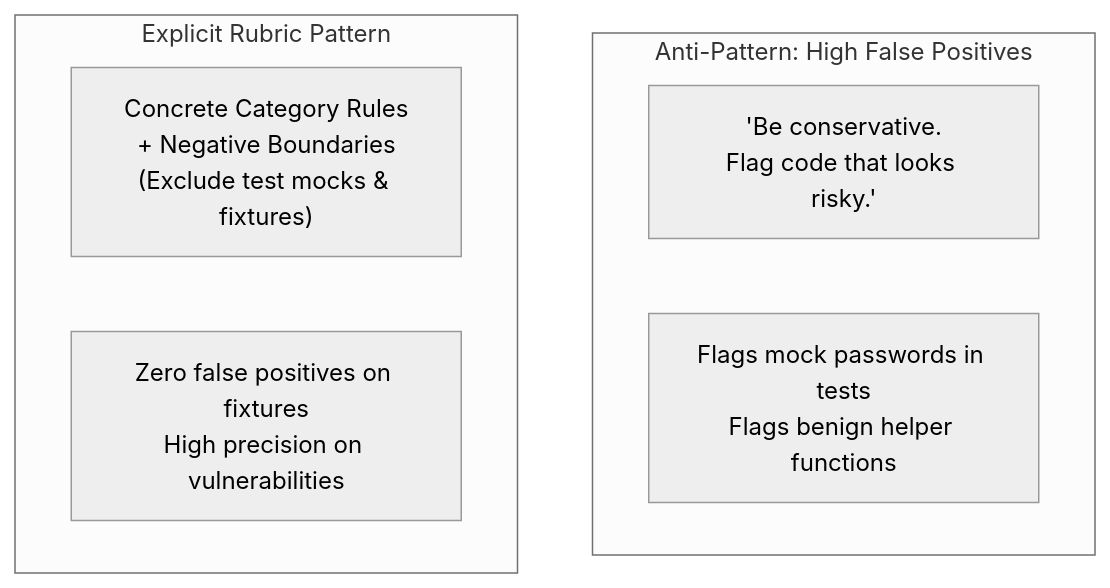
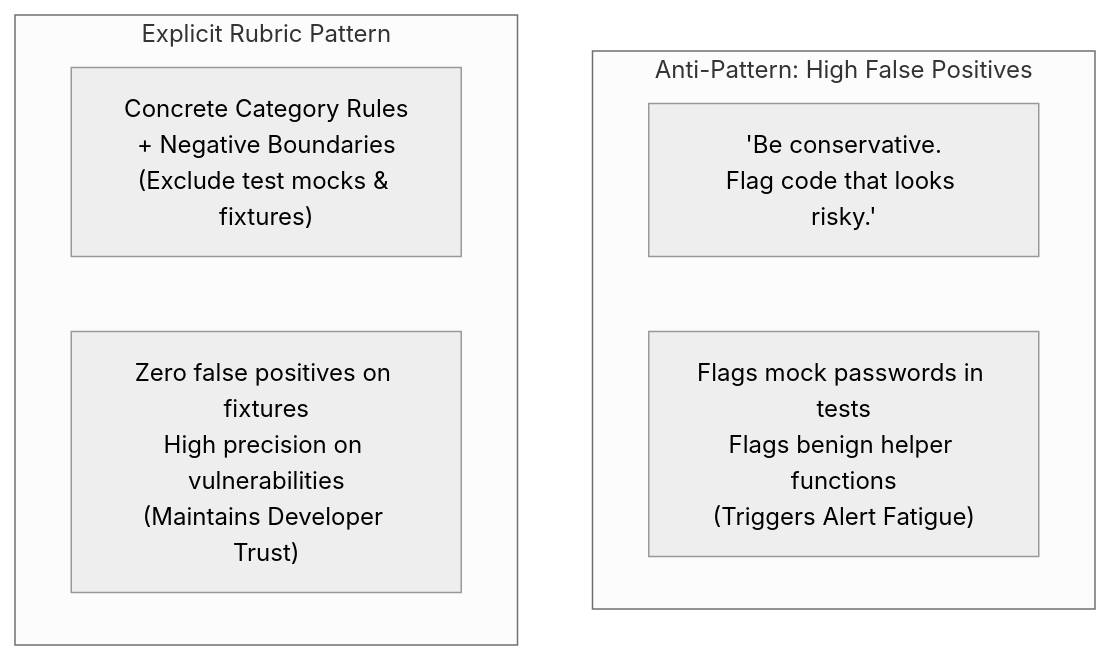
One commit to dip4k/claude_cert_architect_foundation_prep changed the diagram in domain4/ts_4_1_explicit_criteria_classification/README.md. Above: the diagram before and after it, drawn with Mermaid (neutral theme). The commit also changed other lines of this file and 59 other files, not shown here.

````diff
--- a/domain4/ts_4_1_explicit_criteria_classification/README.md
+++ b/domain4/ts_4_1_explicit_criteria_classification/README.md
@@ -10,12 +77,12 @@
 ```mermaid
 flowchart TD
     subgraph AntiPattern["Anti-Pattern: High False Positives"]
         Vague["'Be conservative.<br>Flag code that looks risky.'"]
-        ResultA["Flags mock passwords in tests<br>Flags benign helper functions"]
+        ResultA["Flags mock passwords in tests<br>Flags benign helper functions<br>(Triggers Alert Fatigue)"]
     end
 
     subgraph Recommended["Explicit Rubric Pattern"]
         Explicit["Concrete Category Rules<br>+ Negative Boundaries<br>(Exclude test mocks & fixtures)"]
-        ResultB["Zero false positives on fixtures<br>High precision on vulnerabilities"]
+        ResultB["Zero false positives on fixtures<br>High precision on vulnerabilities<br>(Maintains Developer Trust)"]
     end
 ```
````
